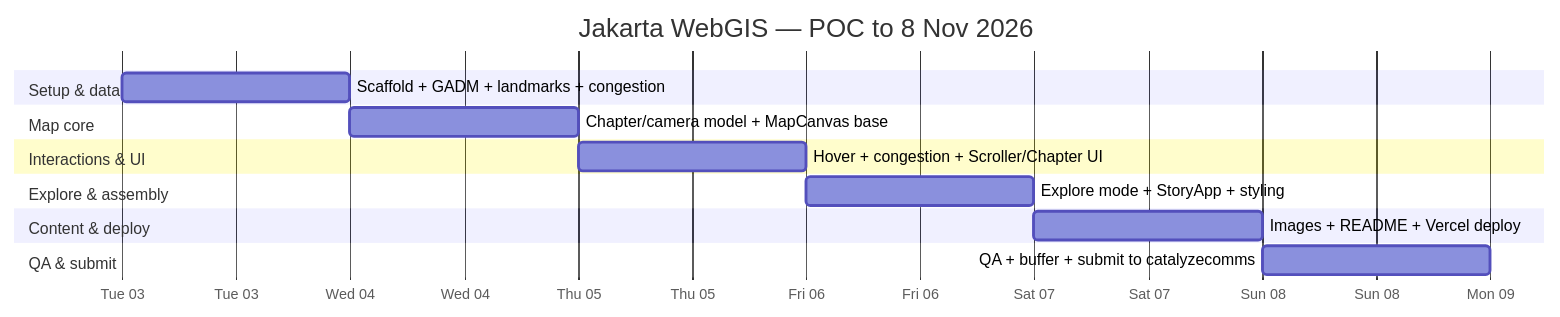
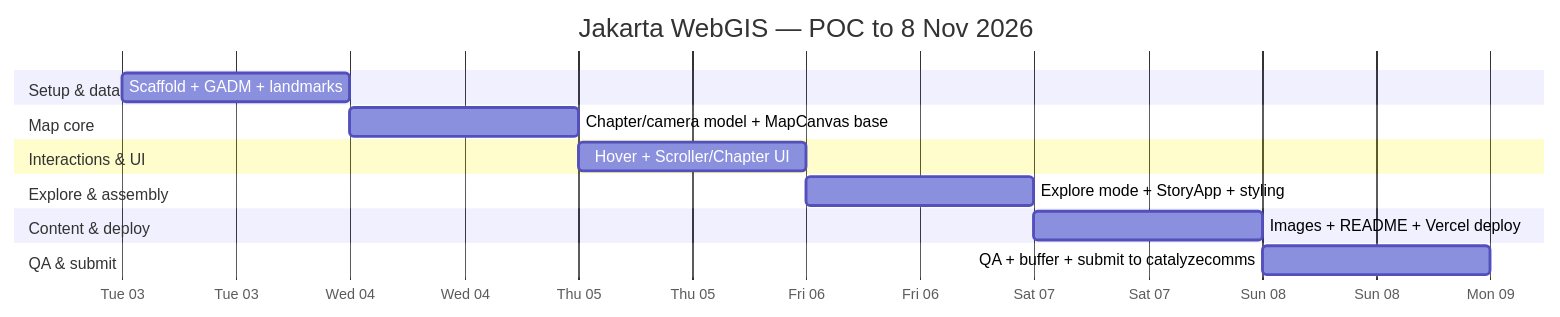
One commit to mahardisetyoso/jkt-webgis-catalyze changed diagram 11 of 11 in docs/architecture.md. Above: the diagram before and after it, drawn with Mermaid. The commit also changed other lines of this file and 15 other files, not shown here.

````diff
--- a/docs/architecture.md
+++ b/docs/architecture.md
@@ -456,18 +443,18 @@
 ```mermaid
 gantt
     dateFormat YYYY-MM-DD
     axisFormat %a %d
     title Jakarta WebGIS — POC to 8 Nov 2026
     section Setup & data
-    Scaffold + GADM + landmarks + congestion   :d1, 2026-11-03, 1d
+    Scaffold + GADM + landmarks   :d1, 2026-11-03, 1d
     section Map core
     Chapter/camera model + MapCanvas base       :d2, 2026-11-04, 1d
     section Interactions & UI
-    Hover + congestion + Scroller/Chapter UI     :d3, 2026-11-05, 1d
+    Hover + Scroller/Chapter UI     :d3, 2026-11-05, 1d
     section Explore & assembly
     Explore mode + StoryApp + styling            :d4, 2026-11-06, 1d
     section Content & deploy
     Images + README + Vercel deploy              :d5, 2026-11-07, 1d
     section QA & submit
     QA + buffer + submit to catalyzecomms        :d6, 2026-11-08, 1d
 ```
````
